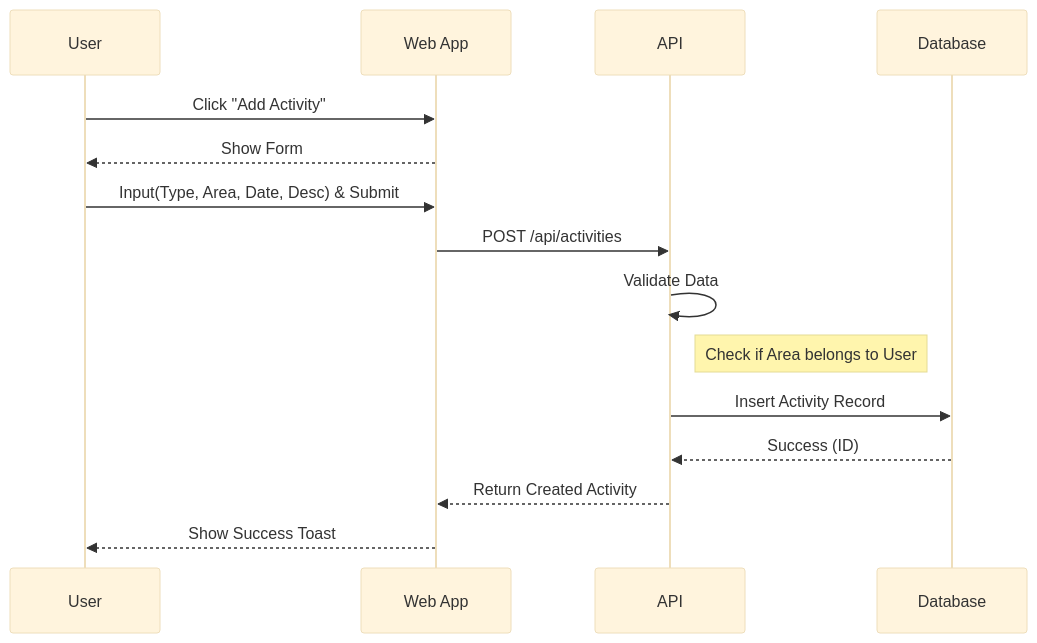
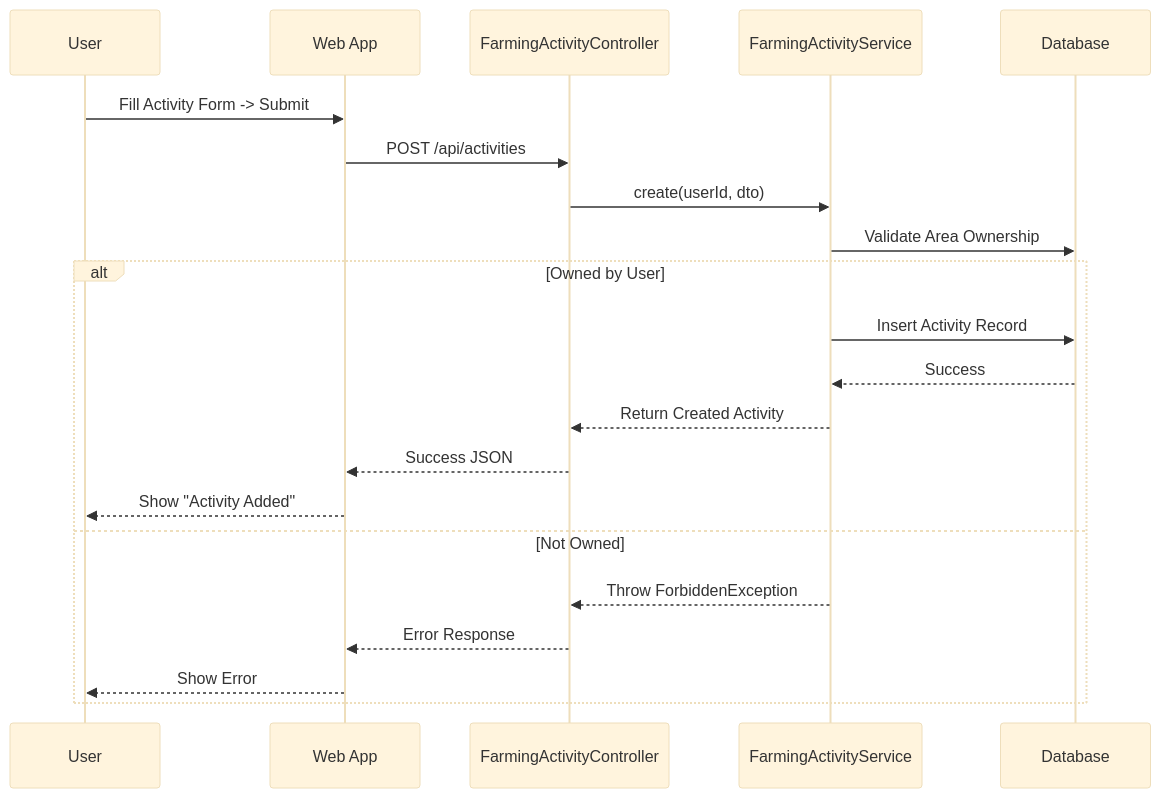
Before and after one commit to duong4444/agribot-dev: the first of 4 diagrams in DOC-TTCS/farming_activity_docs.md, drawn with Mermaid (base theme). The commit also changed other lines of this file and 7 other files, not shown here.

````diff
--- a/DOC-TTCS/farming_activity_docs.md
+++ b/DOC-TTCS/farming_activity_docs.md
@@ -54,18 +54,25 @@
 ```mermaid
 sequenceDiagram
     participant U as User
     participant FE as Web App
-    participant BE as API
+    participant CTL as FarmingActivityController
+    participant SVC as FarmingActivityService
     participant DB as Database
 
-    U->>FE: Click "Add Activity"
-    FE-->>U: Show Form
-    U->>FE: Input(Type, Area, Date, Desc) & Submit
-    FE->>BE: POST /api/activities
-    BE->>BE: Validate Data
-    note right of BE: Check if Area belongs to User
-    BE->>DB: Insert Activity Record
-    DB-->>BE: Success (ID)
-    BE-->>FE: Return Created Activity
-    FE-->>U: Show Success Toast
+    U->>FE: Fill Activity Form -> Submit
+    FE->>CTL: POST /api/activities
+    CTL->>SVC: create(userId, dto)
+    
+    SVC->>DB: Validate Area Ownership
+    alt Owned by User
+        SVC->>DB: Insert Activity Record
+        DB-->>SVC: Success
+        SVC-->>CTL: Return Created Activity
+        CTL-->>FE: Success JSON
+        FE-->>U: Show "Activity Added"
+    else Not Owned
+        SVC-->>CTL: Throw ForbiddenException
+        CTL-->>FE: Error Response
+        FE-->>U: Show Error
+    end
 ```
````
